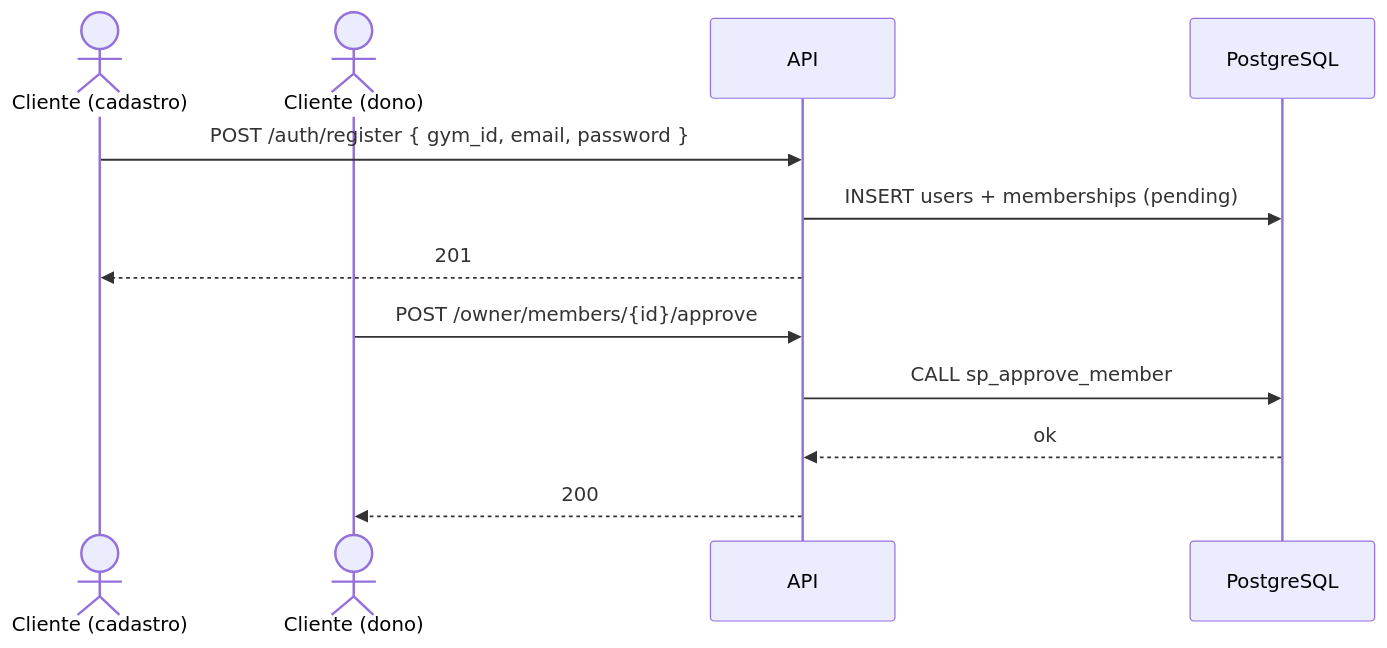
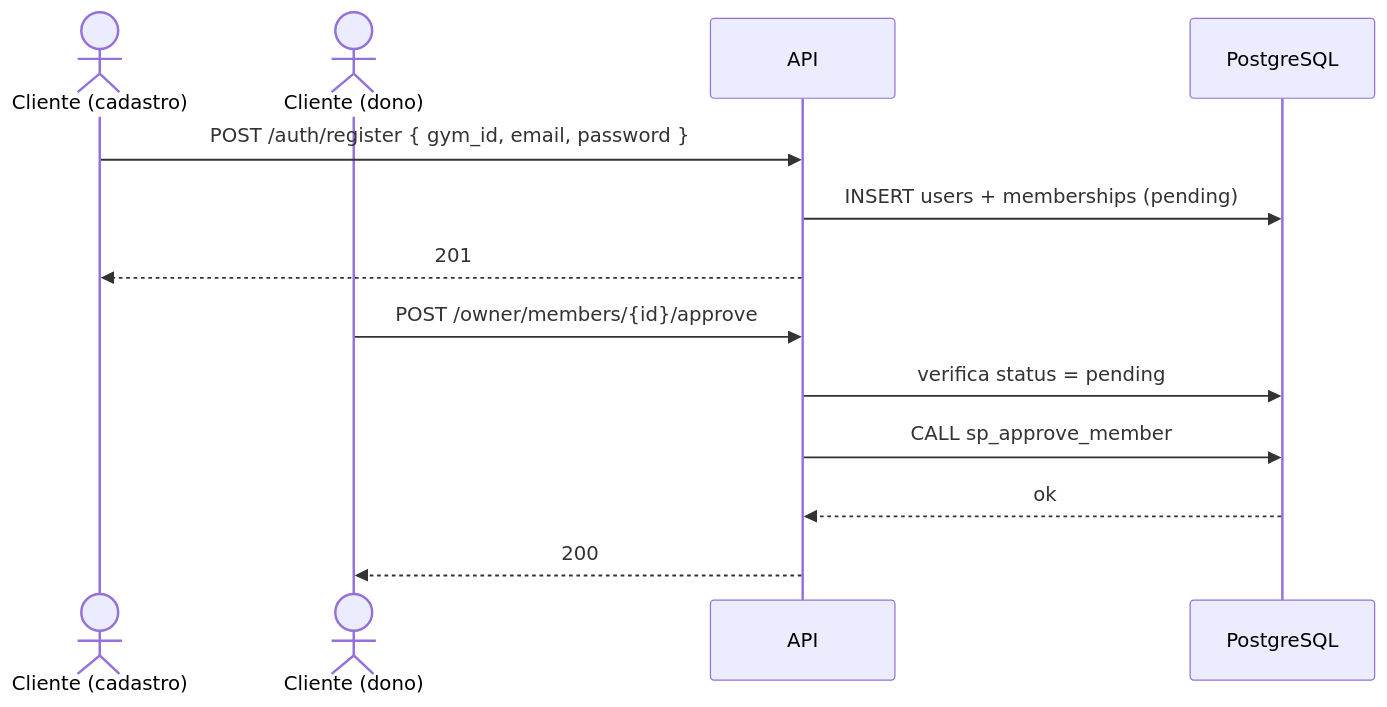
Before and after one commit to nittosantos/pi_gym: the second of 4 diagrams in docs/uml/diagrama-sequencia.md, drawn with Mermaid. The commit also changed other lines of this file and 29 other files, not shown here.

First line of the commit message:
docs: adicionar UML, BPMN e imagens exportadas para entrega acadêmica.

````diff
--- a/docs/uml/diagrama-sequencia.md
+++ b/docs/uml/diagrama-sequencia.md
@@ -27,16 +29,17 @@
 ```mermaid
 sequenceDiagram
   actor Aluno as Cliente (cadastro)
   actor Dono as Cliente (dono)
   participant API as API
   participant BD as PostgreSQL
 
   Aluno->>API: POST /auth/register { gym_id, email, password }
   API->>BD: INSERT users + memberships (pending)
   API-->>Aluno: 201
 
   Dono->>API: POST /owner/members/{id}/approve
+  API->>BD: verifica status = pending
   API->>BD: CALL sp_approve_member
   BD-->>API: ok
   API-->>Dono: 200
 ```
````
